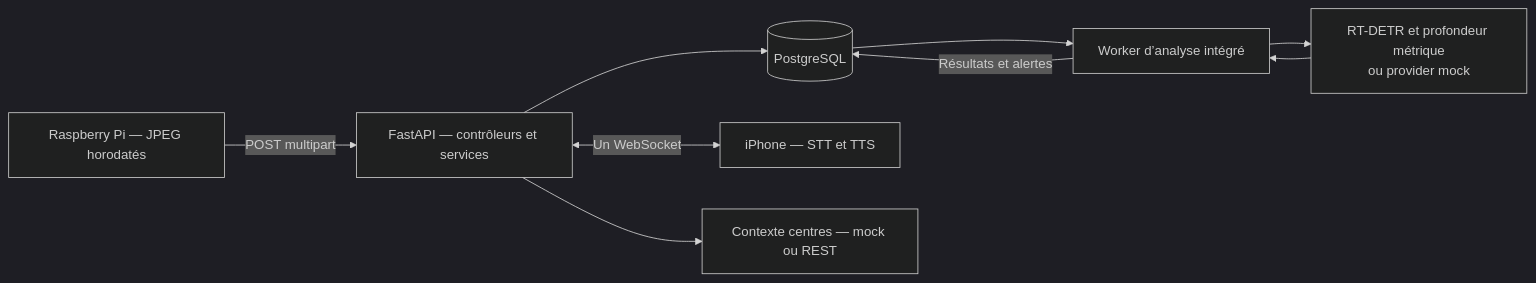
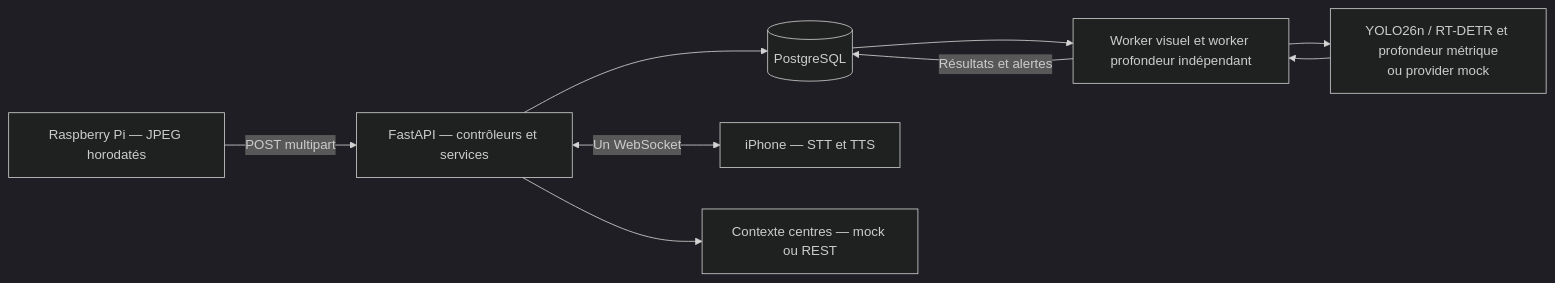
The diagram in README.md (Mindsept/Looki--Vision), drawn with Mermaid (dark theme) before and after one commit. The commit also changed other lines of this file and 75 other files, not shown here.

````diff
--- a/README.md
+++ b/README.md
@@ -7,11 +7,11 @@
 ```mermaid
 flowchart LR
     Pi["Raspberry Pi — JPEG horodatés"] -->|POST multipart| API["FastAPI — contrôleurs et services"]
     API --> DB[(PostgreSQL)]
-    DB --> Worker["Worker d’analyse intégré"]
-    Worker --> Vision["RT-DETR et profondeur métrique<br/>ou provider mock"]
+    DB --> Worker["Worker visuel et worker profondeur indépendant"]
+    Worker --> Vision["YOLO26n / RT-DETR et profondeur métrique<br/>ou provider mock"]
     Vision --> Worker
     Worker -->|Résultats et alertes| DB
     API <-->|Un WebSocket| Phone["iPhone — STT et TTS"]
     API --> Centres["Contexte centres — mock ou REST"]
 ```
````
